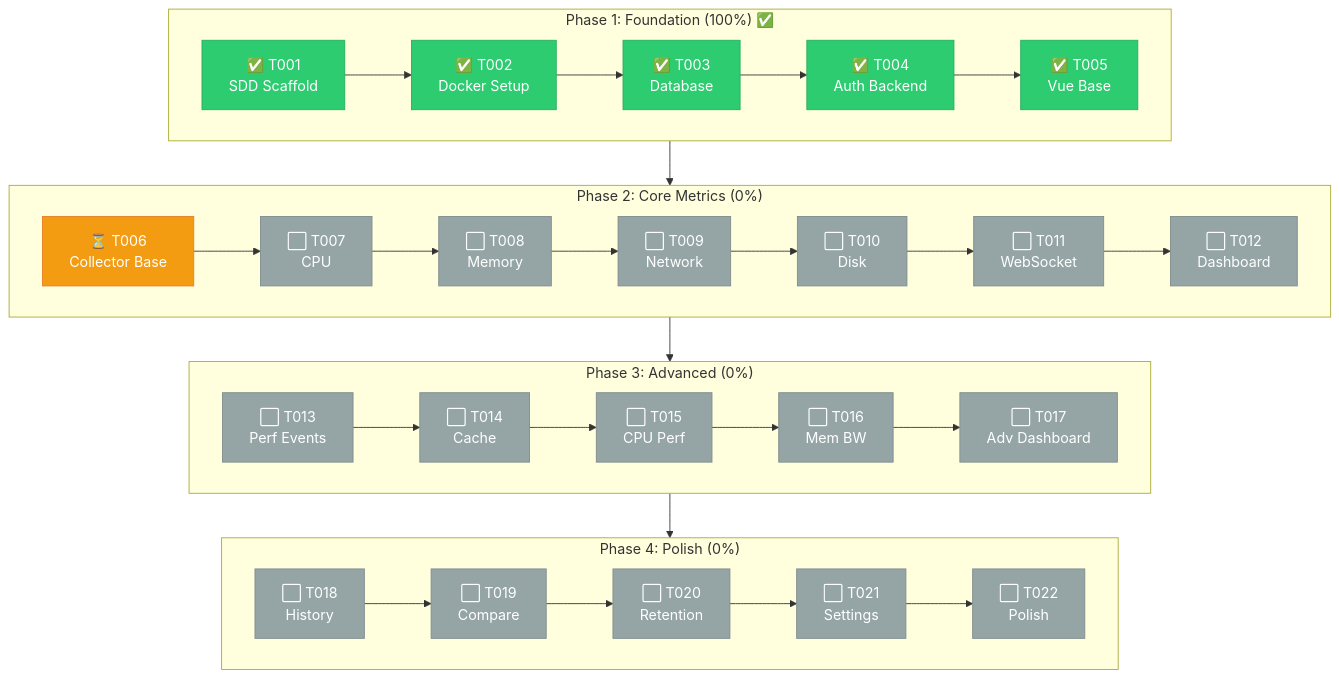
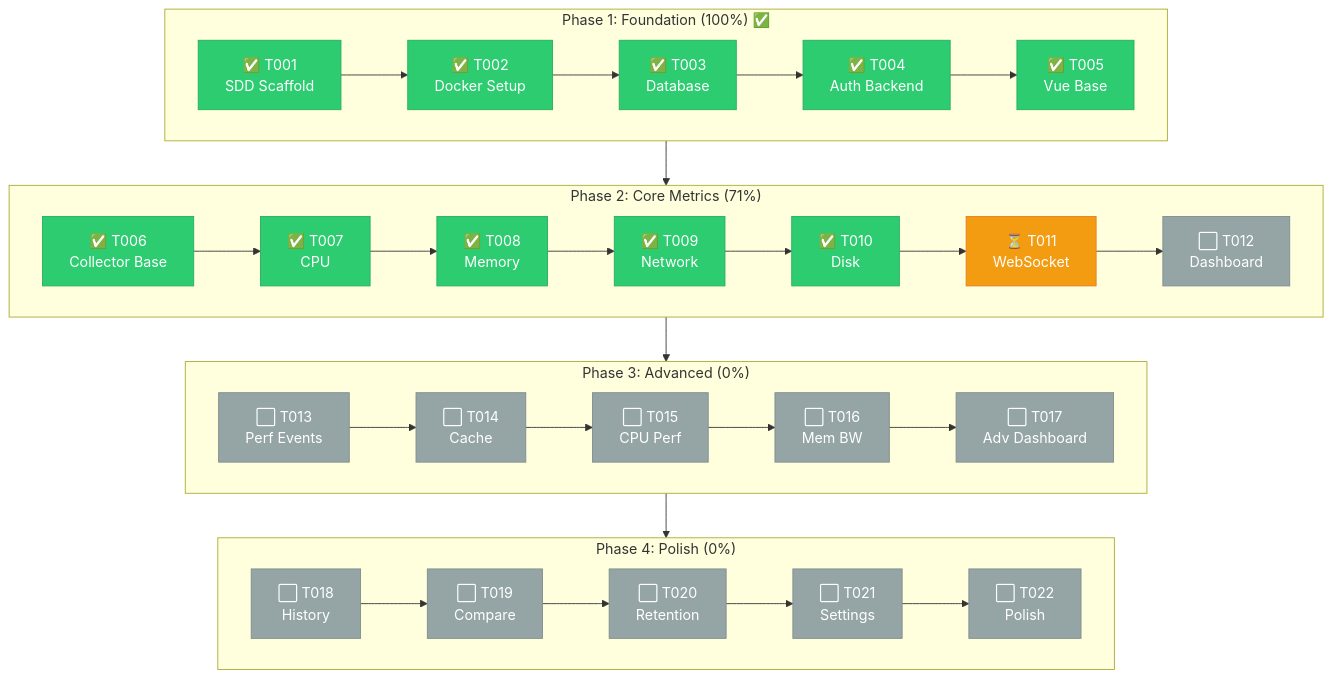
One commit to zhyndalf/perfwatch changed the diagram in README.md. Above: the diagram before and after it, drawn with Mermaid. The commit also changed other lines of this file and 1 other file, not shown here.

````diff
--- a/README.md
+++ b/README.md
@@ -19,51 +19,51 @@
 ```mermaid
 flowchart TB
     subgraph P1["Phase 1: Foundation (100%) ✅"]
         T001["✅ T001<br/>SDD Scaffold"]
         T002["✅ T002<br/>Docker Setup"]
         T003["✅ T003<br/>Database"]
         T004["✅ T004<br/>Auth Backend"]
         T005["✅ T005<br/>Vue Base"]
         T001 --> T002 --> T003 --> T004 --> T005
     end
 
-    subgraph P2["Phase 2: Core Metrics (0%)"]
-        T006["⏳ T006<br/>Collector Base"]
-        T007["⬜ T007<br/>CPU"]
-        T008["⬜ T008<br/>Memory"]
-        T009["⬜ T009<br/>Network"]
-        T010["⬜ T010<br/>Disk"]
-        T011["⬜ T011<br/>WebSocket"]
+    subgraph P2["Phase 2: Core Metrics (71%)"]
+        T006["✅ T006<br/>Collector Base"]
+        T007["✅ T007<br/>CPU"]
+        T008["✅ T008<br/>Memory"]
+        T009["✅ T009<br/>Network"]
+        T010["✅ T010<br/>Disk"]
+        T011["⏳ T011<br/>WebSocket"]
         T012["⬜ T012<br/>Dashboard"]
         T006 --> T007 --> T008 --> T009 --> T010 --> T011 --> T012
     end
 
     subgraph P3["Phase 3: Advanced (0%)"]
         T013["⬜ T013<br/>Perf Events"]
         T014["⬜ T014<br/>Cache"]
         T015["⬜ T015<br/>CPU Perf"]
         T016["⬜ T016<br/>Mem BW"]
         T017["⬜ T017<br/>Adv Dashboard"]
         T013 --> T014 --> T015 --> T016 --> T017
     end
 
     subgraph P4["Phase 4: Polish (0%)"]
         T018["⬜ T018<br/>History"]
         T019["⬜ T019<br/>Compare"]
         T020["⬜ T020<br/>Retention"]
         T021["⬜ T021<br/>Settings"]
         T022["⬜ T022<br/>Polish"]
         T018 --> T019 --> T020 --> T021 --> T022
     end
 
     P1 --> P2 --> P3 --> P4
 
     %% Styles
     classDef done fill:#2ecc71,stroke:#27ae60,color:#fff
     classDef progress fill:#f39c12,stroke:#e67e22,color:#fff
     classDef todo fill:#95a5a6,stroke:#7f8c8d,color:#fff
 
-    class T001,T002,T003,T004,T005 done
-    class T006 progress
-    class T007,T008,T009,T010,T011,T012,T013,T014,T015,T016,T017,T018,T019,T020,T021,T022 todo
+    class T001,T002,T003,T004,T005,T006,T007,T008,T009,T010 done
+    class T011 progress
+    class T012,T013,T014,T015,T016,T017,T018,T019,T020,T021,T022 todo
 ```
````
